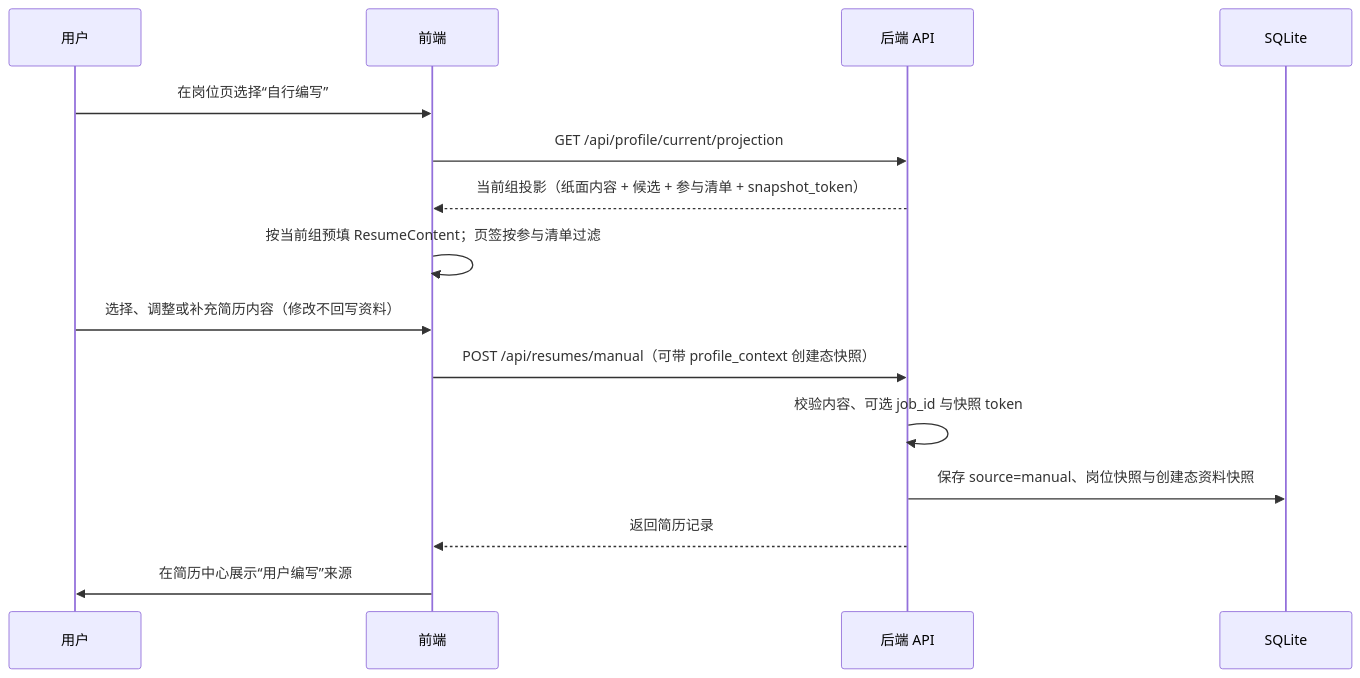
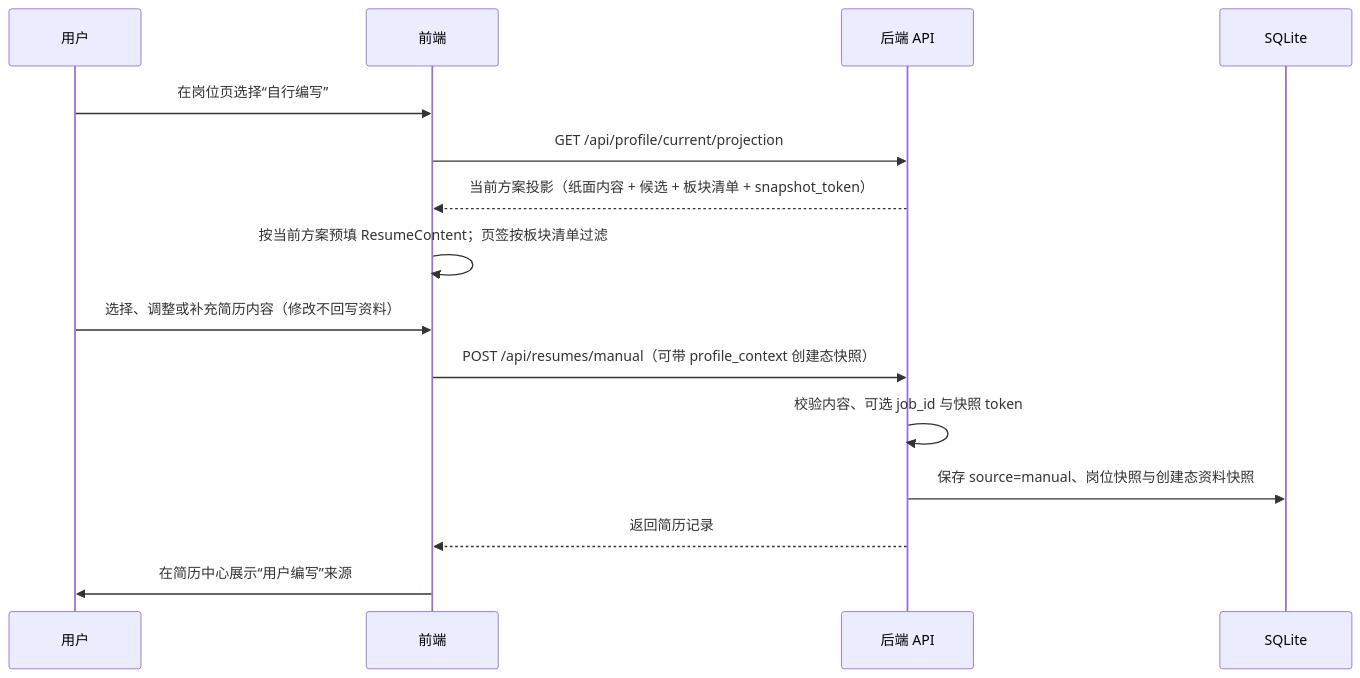
The fourth of 6 diagrams in docs/architecture.md (magicapple123/ResumeForge), drawn with Mermaid before and after one commit. The commit also changed other lines of this file and 90 other files, not shown here.

````diff
--- a/docs/architecture.md
+++ b/docs/architecture.md
@@ -285,18 +297,18 @@
 ```mermaid
 sequenceDiagram
     participant U as 用户
     participant F as 前端
     participant B as 后端 API
     participant DB as SQLite
 
     U->>F: 在岗位页选择“自行编写”
     F->>B: GET /api/profile/current/projection
-    B-->>F: 当前组投影（纸面内容 + 候选 + 参与清单 + snapshot_token）
-    F->>F: 按当前组预填 ResumeContent；页签按参与清单过滤
+    B-->>F: 当前方案投影（纸面内容 + 候选 + 板块清单 + snapshot_token）
+    F->>F: 按当前方案预填 ResumeContent；页签按板块清单过滤
     U->>F: 选择、调整或补充简历内容（修改不回写资料）
     F->>B: POST /api/resumes/manual（可带 profile_context 创建态快照）
     B->>B: 校验内容、可选 job_id 与快照 token
     B->>DB: 保存 source=manual、岗位快照与创建态资料快照
     B-->>F: 返回简历记录
     F->>U: 在简历中心展示“用户编写”来源
 ```
````
